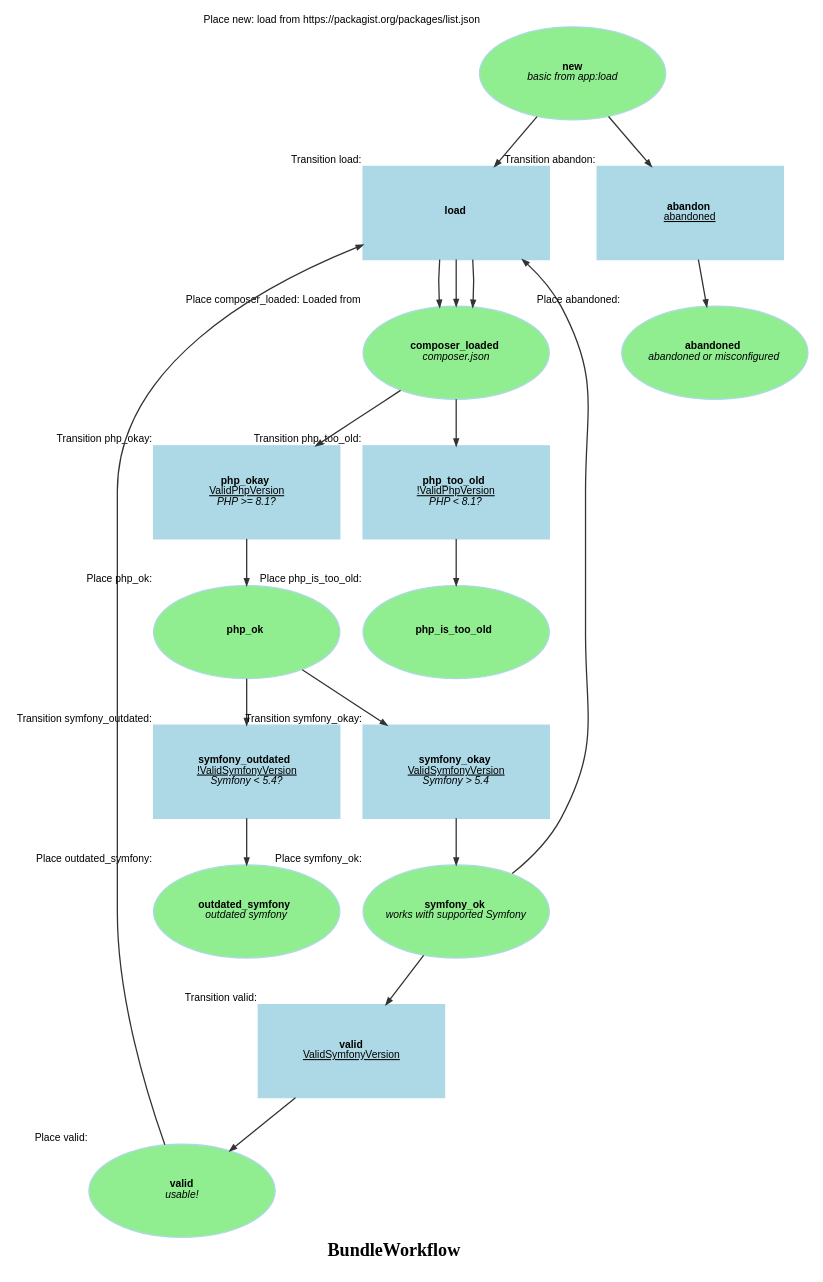
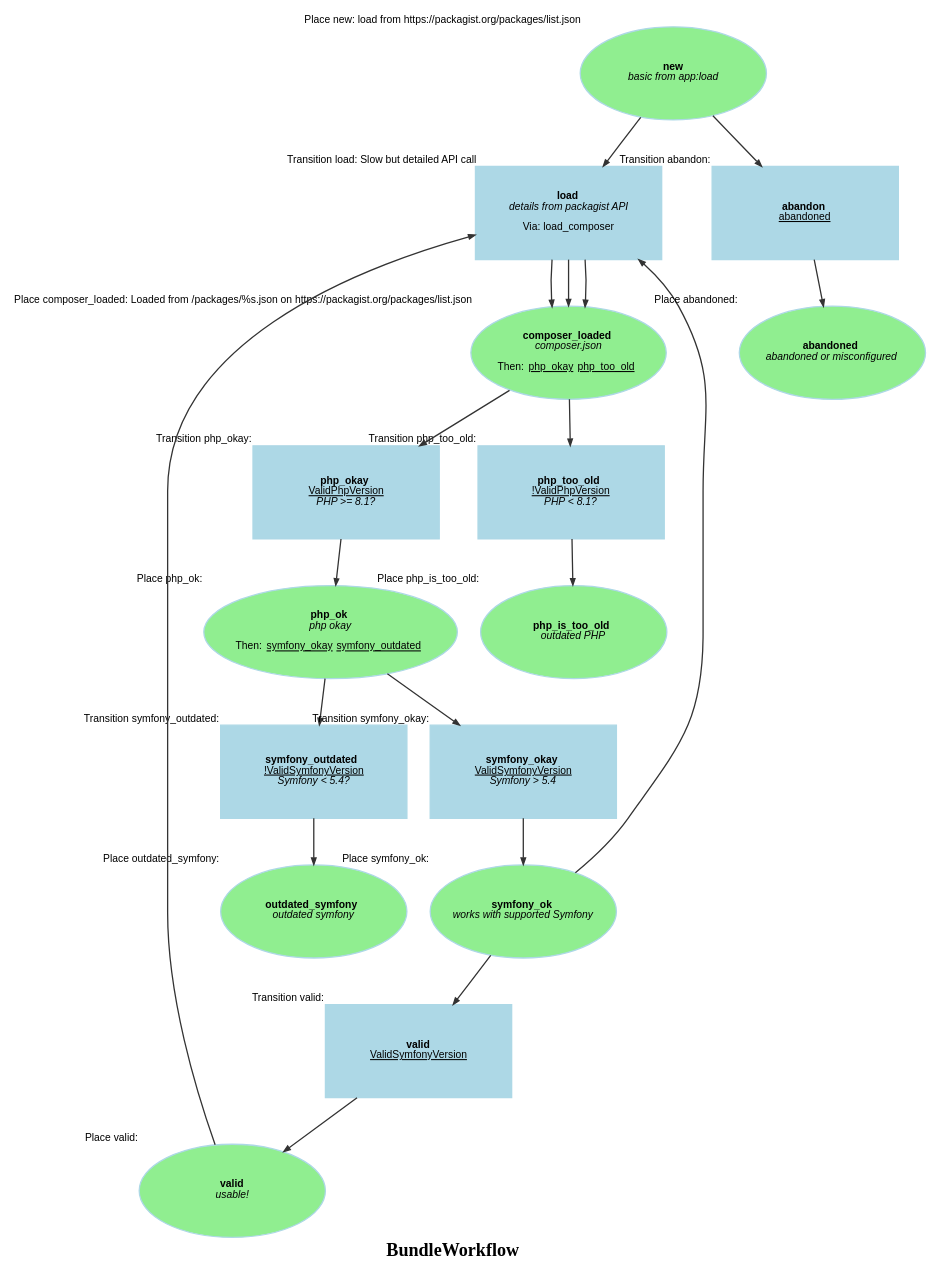
The diagram in doc/assets/BundleWorkflow.dot (survos-sites/packages), drawn with Graphviz before and after one commit. The commit also changed 18 other files, not shown here.

```diff
--- a/doc/assets/BundleWorkflow.dot
+++ b/doc/assets/BundleWorkflow.dot
@@ -1,39 +1,39 @@
 digraph workflow {
   ratio="compress" rankdir="TB" label=<<B>BundleWorkflow</B>>
   node [fontsize="8" fontname="Arial" color="lightBlue" style="filled" fixedsize="false" width="2" height="1"];
   edge [fontsize="7" fontname="Arial" color="#333333" arrowhead="normal" arrowsize="0.5"];
 
   place_new [label=<<B>new</B><BR/><I>basic from app:load</I>>, shape=oval fillcolor="lightgreen" style="filled" xlabel="Place new: load from https://packagist.org/packages/list.json"];
-  place_composer_loaded [label=<<B>composer_loaded</B><BR/><I>composer.json</I>>, shape=oval fillcolor="lightgreen" style="filled" xlabel="Place composer_loaded: Loaded from "];
+  place_composer_loaded [label=<<B>composer_loaded</B><BR/><I>composer.json</I><BR/><BR/>Then: <U>php_okay</U> <U>php_too_old</U> >, shape=oval fillcolor="lightgreen" style="filled" xlabel="Place composer_loaded: Loaded from /packages/%s.json on https://packagist.org/packages/list.json"];
   place_outdated_symfony [label=<<B>outdated_symfony</B><BR/><I>outdated symfony</I>>, shape=oval fillcolor="lightgreen" style="filled" xlabel="Place outdated_symfony: "];
   place_symfony_ok [label=<<B>symfony_ok</B><BR/><I>works with supported Symfony</I>>, shape=oval fillcolor="lightgreen" style="filled" xlabel="Place symfony_ok: "];
+  place_php_is_too_old [label=<<B>php_is_too_old</B><BR/><I>outdated PHP</I>>, shape=oval fillcolor="lightgreen" style="filled" xlabel="Place php_is_too_old: "];
+  place_php_ok [label=<<B>php_ok</B><BR/><I>php okay</I><BR/><BR/>Then: <U>symfony_okay</U> <U>symfony_outdated</U> >, shape=oval fillcolor="lightgreen" style="filled" xlabel="Place php_ok: "];
   place_abandoned [label=<<B>abandoned</B><BR/><I>abandoned or misconfigured</I>>, shape=oval fillcolor="lightgreen" style="filled" xlabel="Place abandoned: "];
   place_valid [label=<<B>valid</B><BR/><I>usable!</I>>, shape=oval fillcolor="lightgreen" style="filled" xlabel="Place valid: "];
-  place_php_is_too_old [label=<<B>php_is_too_old</B>>, shape=oval fillcolor="lightgreen" style="filled" xlabel="Place php_is_too_old: "];
-  place_php_ok [label=<<B>php_ok</B>>, shape=oval fillcolor="lightgreen" style="filled" xlabel="Place php_ok: "];
-  transition_load [label=<<B>load</B>>, shape="box" regular="" xlabel="Transition load: "];
+  transition_load [label=<<B>load</B><BR/><I>details from packagist API</I><BR/><BR/>Via: load_composer>, shape="box" regular="" xlabel="Transition load: Slow but detailed API call"];
   transition_abandon [label=<<B>abandon</B><BR/><U>abandoned</U>>, shape="box" regular="" xlabel="Transition abandon: "];
   transition_valid [label=<<B>valid</B><BR/><U>ValidSymfonyVersion</U>>, shape="box" regular="" xlabel="Transition valid: "];
   transition_php_too_old [label=<<B>php_too_old</B><BR/><U>!ValidPhpVersion</U><BR/><I>PHP &lt; 8.1?</I>>, shape="box" regular="" xlabel="Transition php_too_old: "];
   transition_php_okay [label=<<B>php_okay</B><BR/><U>ValidPhpVersion</U><BR/><I>PHP &gt;= 8.1?</I>>, shape="box" regular="" xlabel="Transition php_okay: "];
   transition_symfony_outdated [label=<<B>symfony_outdated</B><BR/><U>!ValidSymfonyVersion</U><BR/><I>Symfony &lt; 5.4?</I>>, shape="box" regular="" xlabel="Transition symfony_outdated: "];
   transition_symfony_okay [label=<<B>symfony_okay</B><BR/><U>ValidSymfonyVersion</U><BR/><I>Symfony &gt; 5.4</I>>, shape="box" regular="" xlabel="Transition symfony_okay: "];
   place_new -> transition_load [style="solid", comment="new"];
   transition_load -> place_composer_loaded [style="solid"];
   place_symfony_ok -> transition_load [style="solid", comment="symfony_ok"];
   transition_load -> place_composer_loaded [style="solid"];
   place_valid -> transition_load [style="solid", comment="valid"];
   transition_load -> place_composer_loaded [style="solid"];
   place_new -> transition_abandon [style="solid", comment="new"];
   transition_abandon -> place_abandoned [style="solid"];
   place_symfony_ok -> transition_valid [style="solid", comment="symfony_ok"];
   transition_valid -> place_valid [style="solid"];
   place_composer_loaded -> transition_php_too_old [style="solid", comment="composer_loaded"];
   transition_php_too_old -> place_php_is_too_old [style="solid"];
   place_composer_loaded -> transition_php_okay [style="solid", comment="composer_loaded"];
   transition_php_okay -> place_php_ok [style="solid"];
   place_php_ok -> transition_symfony_outdated [style="solid", comment="php_ok"];
   transition_symfony_outdated -> place_outdated_symfony [style="solid"];
   place_php_ok -> transition_symfony_okay [style="solid", comment="php_ok"];
   transition_symfony_okay -> place_symfony_ok [style="solid"];
 }
```
